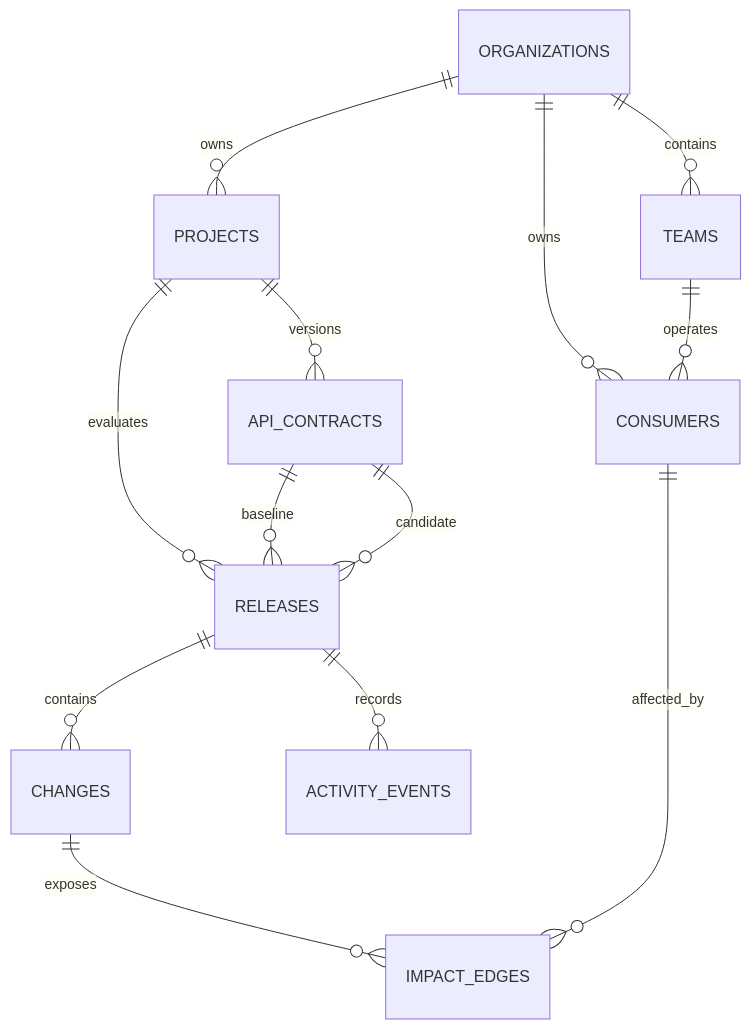
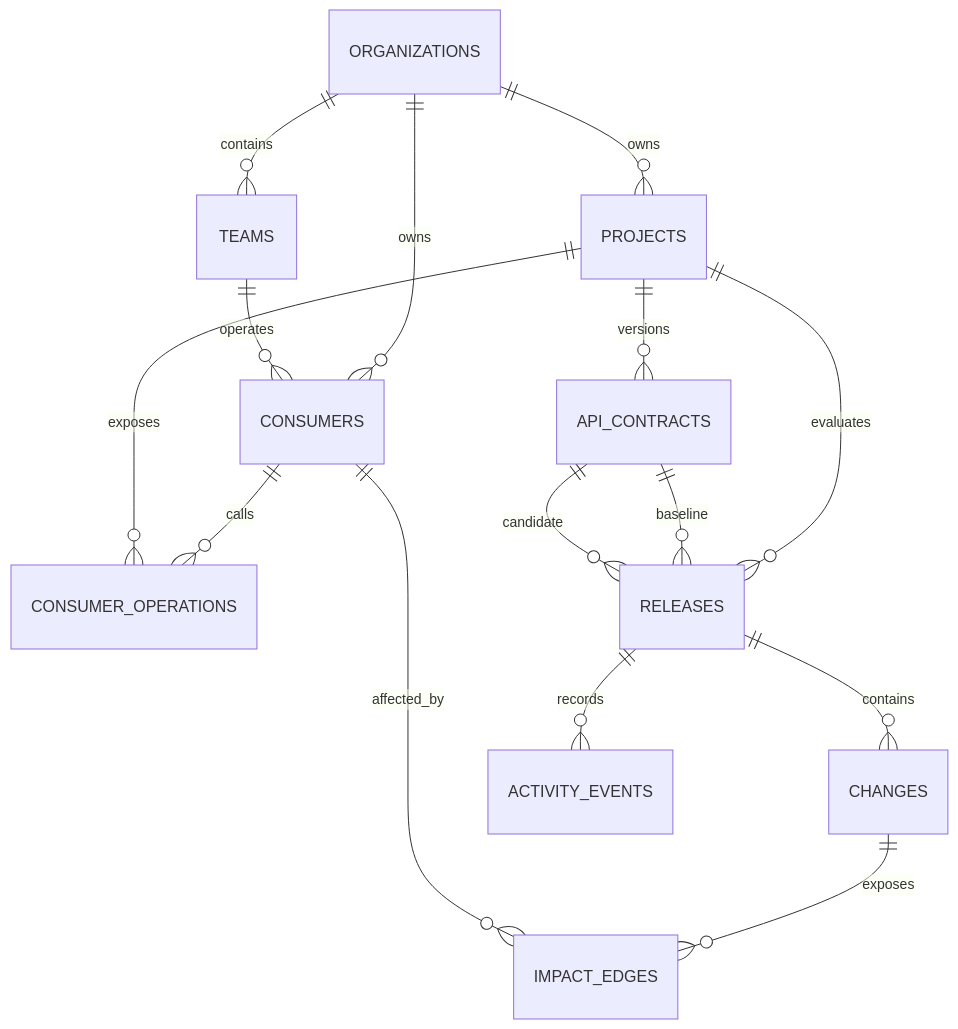
One commit to Dricmoy/compatgraph changed the second of 2 diagrams in docs/architecture.md. Above: the diagram before and after it, drawn with Mermaid. The commit also changed other lines of this file and 21 other files, not shown here.

````diff
--- a/docs/architecture.md
+++ b/docs/architecture.md
@@ -32,15 +32,17 @@
 ```mermaid
 erDiagram
     ORGANIZATIONS ||--o{ TEAMS : contains
     ORGANIZATIONS ||--o{ PROJECTS : owns
     ORGANIZATIONS ||--o{ CONSUMERS : owns
     TEAMS ||--o{ CONSUMERS : operates
+    CONSUMERS ||--o{ CONSUMER_OPERATIONS : calls
     PROJECTS ||--o{ API_CONTRACTS : versions
     PROJECTS ||--o{ RELEASES : evaluates
+    PROJECTS ||--o{ CONSUMER_OPERATIONS : exposes
     API_CONTRACTS ||--o{ RELEASES : baseline
     API_CONTRACTS ||--o{ RELEASES : candidate
     RELEASES ||--o{ CHANGES : contains
     RELEASES ||--o{ ACTIVITY_EVENTS : records
     CHANGES ||--o{ IMPACT_EDGES : exposes
     CONSUMERS ||--o{ IMPACT_EDGES : affected_by
 ```
````
